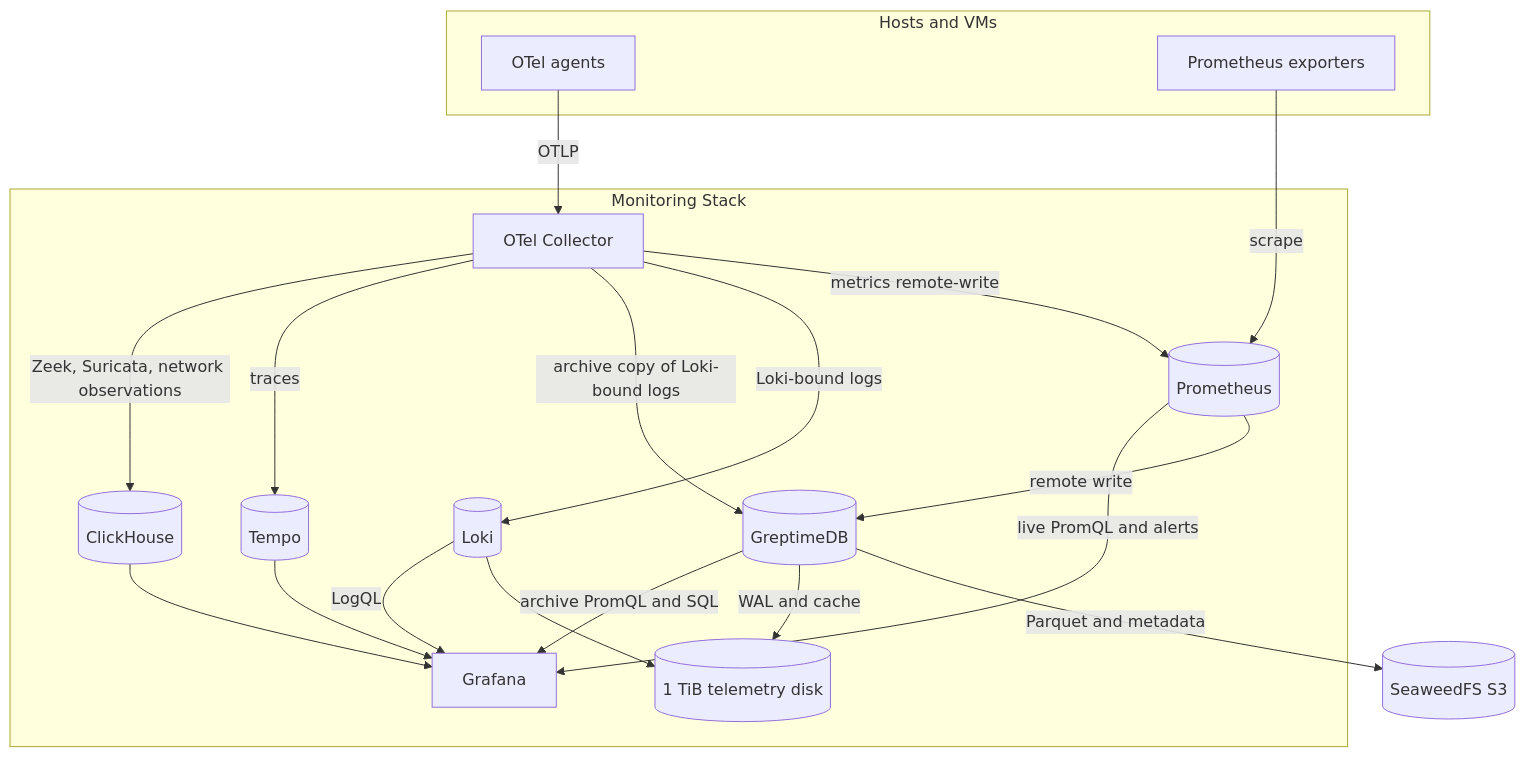
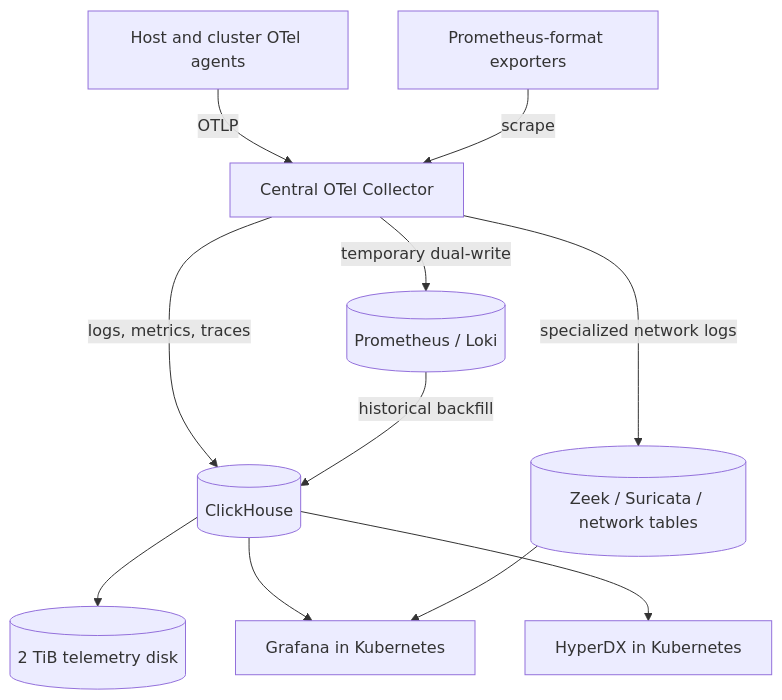
The diagram in docs/monitoring.md (shedrachokonofua/aether), drawn with Mermaid before and after one commit. The commit also changed other lines of this file and 88 other files, not shown here.

Commit message:
telemetry: migrate observability stack to ClickHouse and Kubernetes Grafana

````diff
--- a/docs/monitoring.md
+++ b/docs/monitoring.md
@@ -7,37 +7,13 @@
 ```mermaid
 flowchart TB
-    subgraph Hosts["Hosts and VMs"]
-        Agent["OTel agents"]
-        Exporters["Prometheus exporters"]
-    end
-
-    subgraph Niobe["Monitoring Stack"]
-        Collector["OTel Collector"]
-        Prometheus[(Prometheus)]
-        Loki[(Loki)]
-        Tempo[(Tempo)]
-        ClickHouse[(ClickHouse)]
-        Greptime[(GreptimeDB)]
-        Grafana[Grafana]
-        TelemetryDisk[("1 TiB telemetry disk")]
-    end
-
-    SeaweedFS[(SeaweedFS S3)]
-
-    Agent -->|OTLP| Collector
-    Exporters -->|scrape| Prometheus
-    Collector -->|metrics remote-write| Prometheus
-    Collector -->|Loki-bound logs| Loki
-    Collector -->|archive copy of Loki-bound logs| Greptime
-    Collector -->|traces| Tempo
-    Collector -->|Zeek, Suricata, network observations| ClickHouse
-    Prometheus -->|remote write| Greptime
-    Greptime -->|Parquet and metadata| SeaweedFS
-    Loki --> TelemetryDisk
-    Greptime -->|WAL and cache| TelemetryDisk
-    Prometheus -->|live PromQL and alerts| Grafana
-    Loki -->|LogQL| Grafana
-    Tempo --> Grafana
-    ClickHouse --> Grafana
-    Greptime -->|archive PromQL and SQL| Grafana
+    Agent["Host and cluster OTel agents"] -->|OTLP| Collector["Central OTel Collector"]
+    Exporters["Prometheus-format exporters"] -->|scrape| Collector
+    Collector -->|logs, metrics, traces| ClickHouse[(ClickHouse)]
+    Collector -->|specialized network logs| Typed[("Zeek / Suricata / network tables")]
+    ClickHouse --> Disk[("2 TiB telemetry disk")]
+    ClickHouse --> Grafana["Grafana in Kubernetes"]
+    Typed --> Grafana
+    ClickHouse --> HyperDX["HyperDX in Kubernetes"]
+    Collector -->|temporary dual-write| Legacy[("Prometheus / Loki")]
+    Legacy -->|historical backfill| ClickHouse
 ```
````
